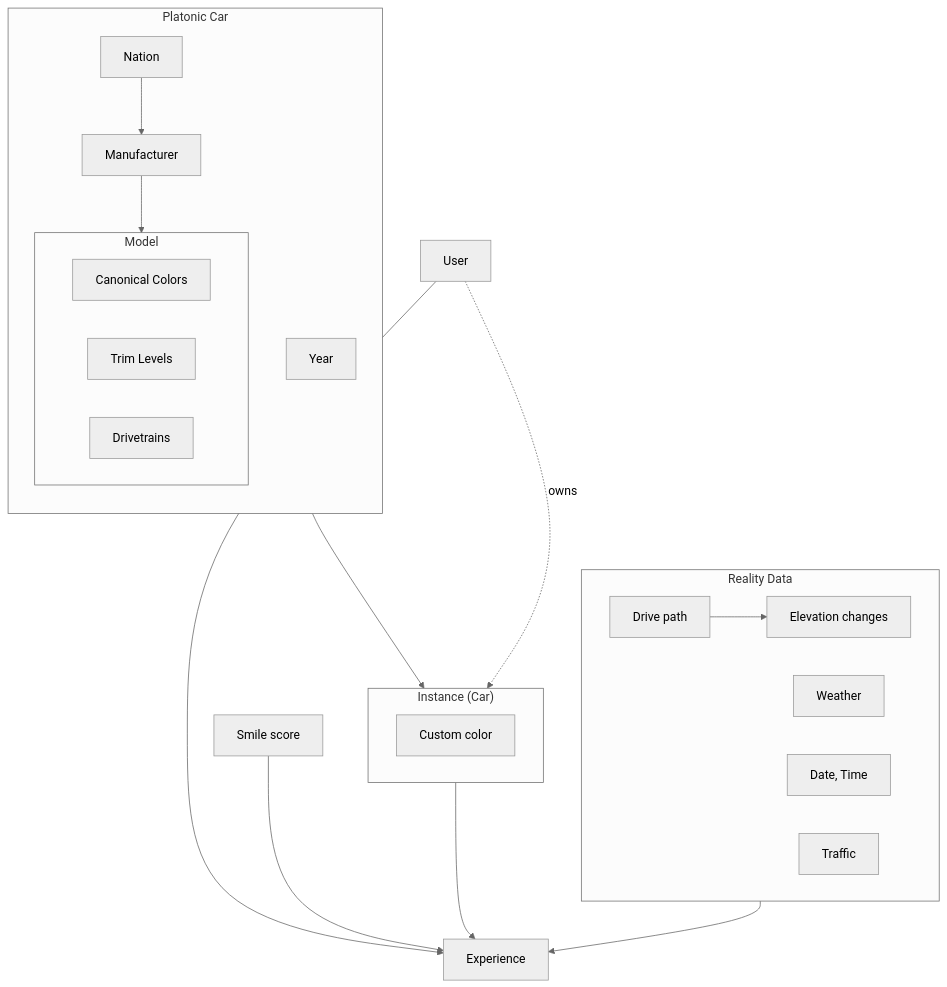
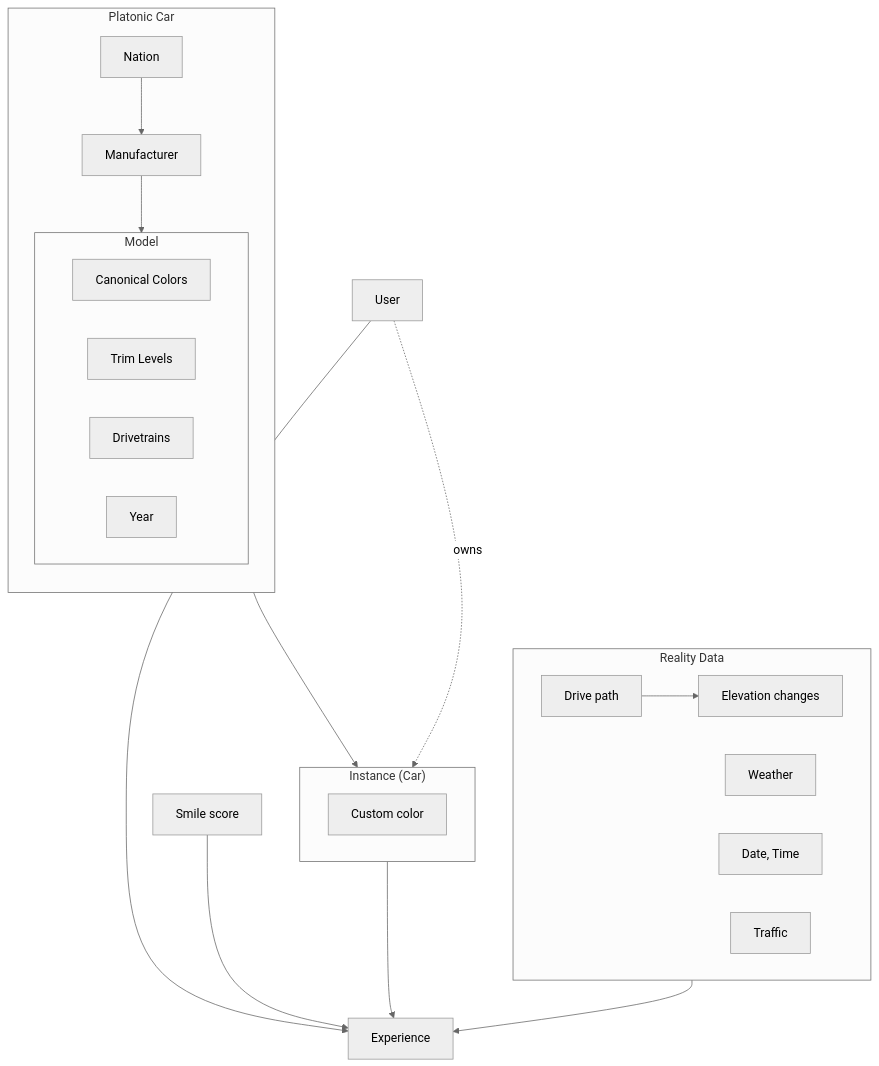
The diagram in docs/product.md (UUeird/dyno), drawn with Mermaid (neutral theme) before and after one commit.

Commit message:
Move Year inside Model group

````diff
--- a/docs/product.md
+++ b/docs/product.md
@@ -7,29 +7,29 @@
 ```mermaid
 flowchart TD
     subgraph PlatonicCar["Platonic Car"]
         direction TD
         Nation --> Manufacturer --> Model
         subgraph Model["Model"]
             CanonicalColors["Canonical Colors"]
             Trim["Trim Levels"]
             Drivetrain["Drivetrains"]
+            Year
         end
-        Year
     end
     subgraph Instance["Instance (Car)"]
         CustomColor["Custom color"]
     end
     PlatonicCar --> Instance
     Instance --> Experience
     User --> Experience
     User -. owns .-> Instance
     SmileScore["Smile score"] --> Experience
 
     subgraph RealityData["Reality Data"]
         DrivePath["Drive path"] --> Elevation["Elevation changes"]
         Weather
         DateTime["Date, Time"]
         Traffic
     end
     RealityData --> Experience
 ```
````
